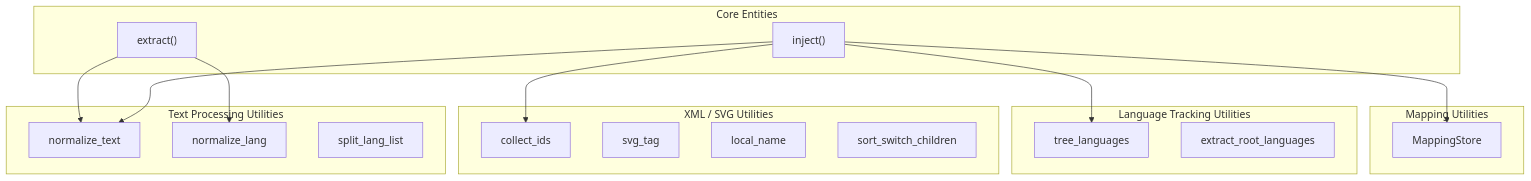
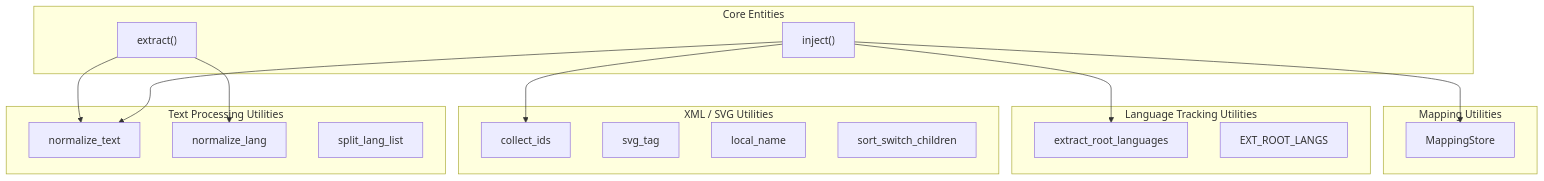
The first of 2 diagrams in docs/deepwiki/6.4-utility-functions-api.md (MrIbrahem/CopySVGTranslation), drawn with Mermaid before and after one commit. The commit also changed other lines of this file and 18 other files, not shown here.

````diff
--- a/docs/deepwiki/6.4-utility-functions-api.md
+++ b/docs/deepwiki/6.4-utility-functions-api.md
@@ -16,50 +16,49 @@
 ```mermaid
 flowchart TD
 
 NORM["normalize_text"]
 NORM_LANG["normalize_lang"]
 SPLIT_LANG["split_lang_list"]
 COLL_IDS["collect_ids"]
 SVG_TAG["svg_tag"]
 LOCAL["local_name"]
 SORT_SW["sort_switch_children"]
-TREE_LANGS["tree_languages"]
-EXT_ROOT_LANGS["extract_root_languages"]
+TREE_LANGS["extract_root_languages"]
 STORE["MappingStore"]
 EXT["extract()"]
 INJ["inject()"]
 
 EXT --> NORM
 EXT --> NORM_LANG
 INJ --> NORM
 INJ --> COLL_IDS
 INJ --> TREE_LANGS
 INJ --> STORE
 
 subgraph subGraph4 ["Core Entities"]
     EXT
     INJ
 end
 
 subgraph subGraph3 ["Mapping Utilities"]
     STORE
 end
 
 subgraph subGraph2 ["Language Tracking Utilities"]
     TREE_LANGS
     EXT_ROOT_LANGS
 end
 
 subgraph subGraph1 ["XML / SVG Utilities"]
     COLL_IDS
     SVG_TAG
     LOCAL
     SORT_SW
 end
 
 subgraph subGraph0 ["Text Processing Utilities"]
     NORM
     NORM_LANG
     SPLIT_LANG
 end
 ```
````
